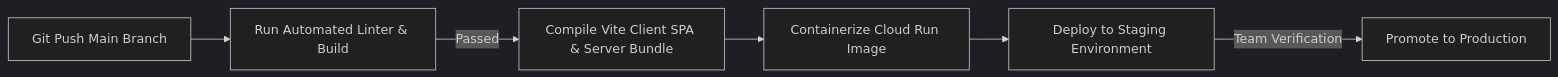
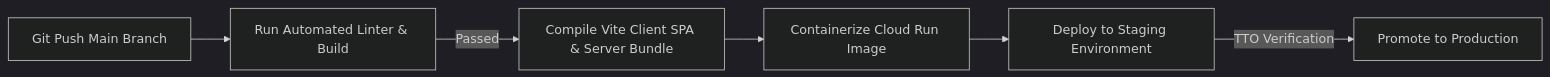
Before and after one commit to WISDOM-OSBORN/VIRTUALHUB: the fifth of 5 diagrams in public/PROJECT_DOCUMENTATION.md, drawn with Mermaid (dark theme). The commit also changed other lines of this file and 5 other files, not shown here.

````diff
--- a/public/PROJECT_DOCUMENTATION.md
+++ b/public/PROJECT_DOCUMENTATION.md
@@ -620,8 +622,8 @@
 ```mermaid
 flowchart LR
     A[Git Push Main Branch] --> B[Run Automated Linter & Build]
     B -->|Passed| C[Compile Vite Client SPA & Server Bundle]
     C --> D[Containerize Cloud Run Image]
     D --> E[Deploy to Staging Environment]
-    E -->|Team Verification| F[Promote to Production]
+    E -->|TTO Verification| F[Promote to Production]
 ```
````
